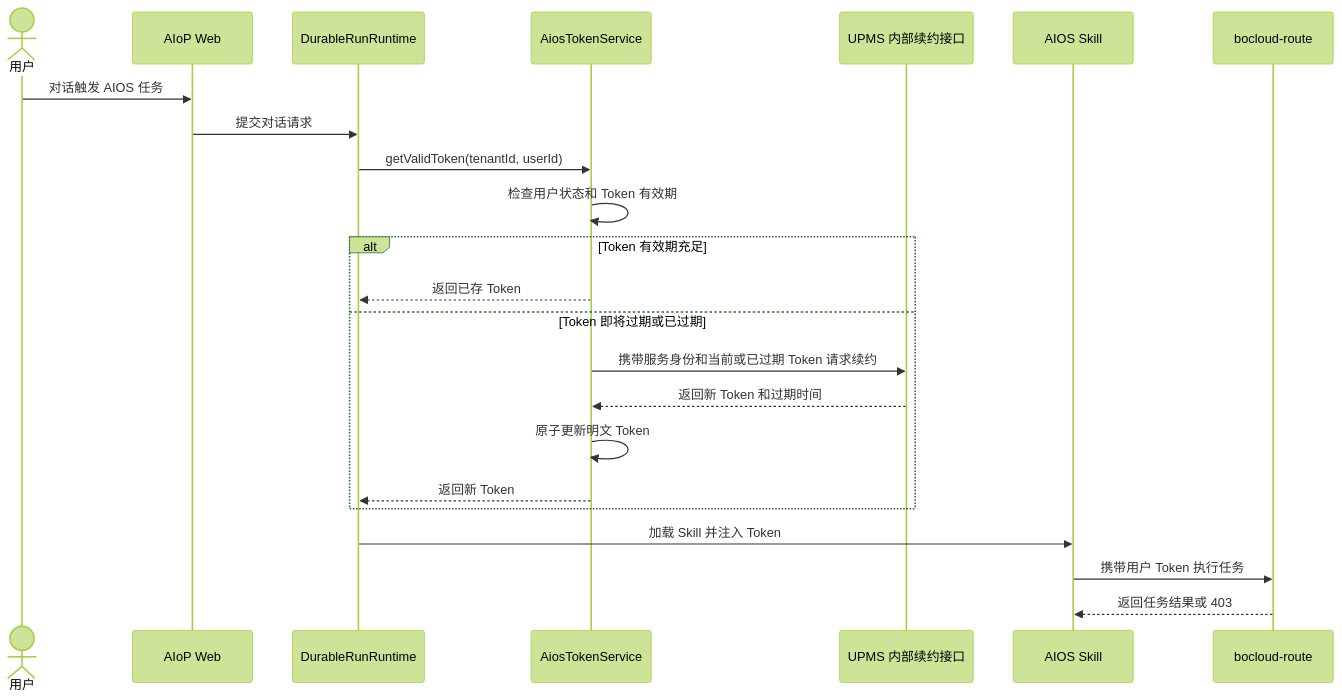
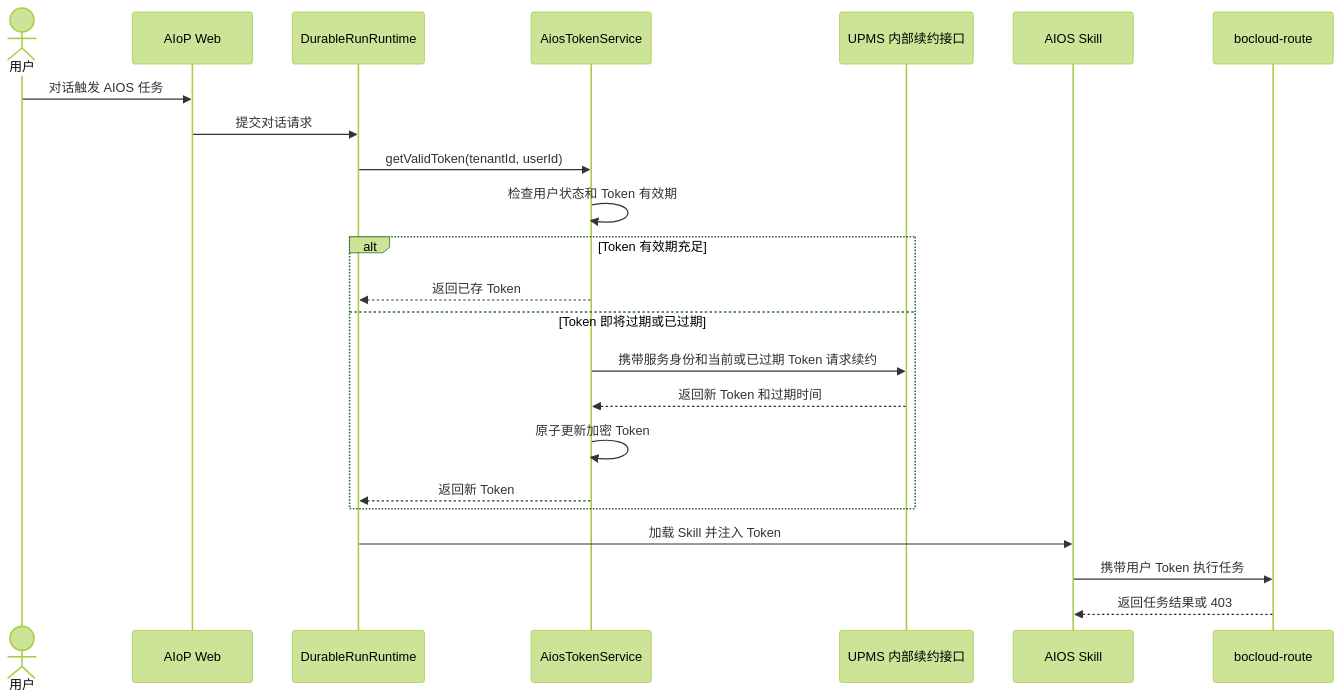
Before and after one commit to Wpxknight/agentdemo: the third of 5 diagrams in docs/design/14-aios-unified-auth.md, drawn with Mermaid (forest theme). The commit also changed other lines of this file and 55 other files, not shown here.

````diff
--- a/docs/design/14-aios-unified-auth.md
+++ b/docs/design/14-aios-unified-auth.md
@@ -251,26 +255,26 @@
 ```mermaid
 sequenceDiagram
   actor U as 用户
   participant W as AIoP Web
   participant R as DurableRunRuntime
   participant T as AiosTokenService
   participant P as UPMS 内部续约接口
   participant S as AIOS Skill
   participant B as bocloud-route
 
   U->>W: 对话触发 AIOS 任务
   W->>R: 提交对话请求
   R->>T: getValidToken(tenantId, userId)
   T->>T: 检查用户状态和 Token 有效期
   alt Token 有效期充足
     T-->>R: 返回已存 Token
   else Token 即将过期或已过期
     T->>P: 携带服务身份和当前或已过期 Token 请求续约
     P-->>T: 返回新 Token 和过期时间
-    T->>T: 原子更新明文 Token
+    T->>T: 原子更新加密 Token
     T-->>R: 返回新 Token
   end
   R->>S: 加载 Skill 并注入 Token
   S->>B: 携带用户 Token 执行任务
   B-->>S: 返回任务结果或 403
 ```
````
